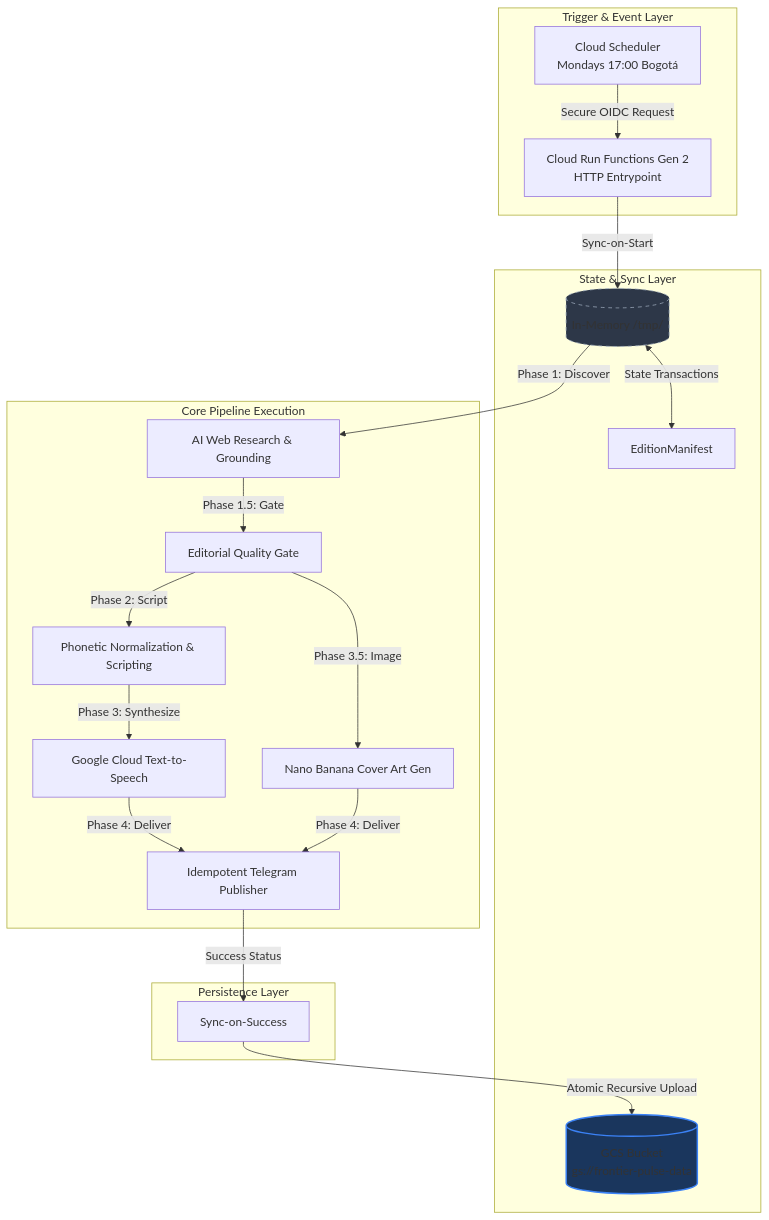
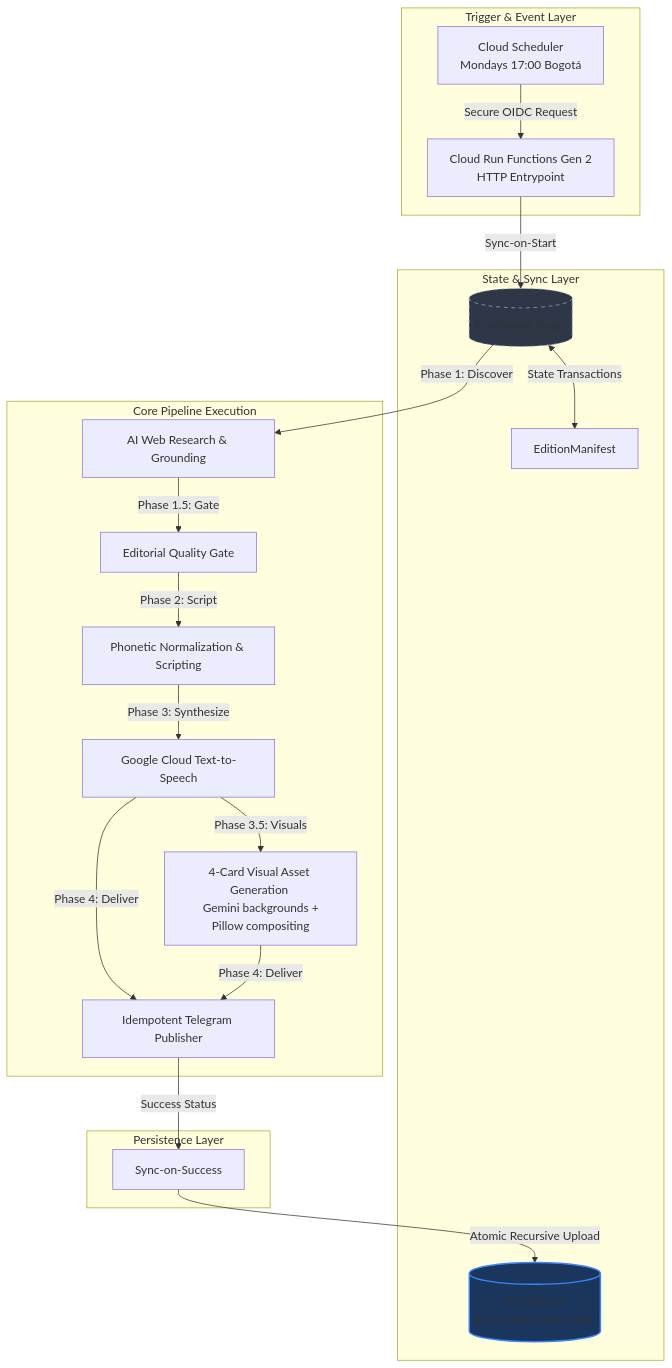
The diagram in TECHNICAL_ARCHITECTURE.md (jonathansimanca/frontier-pulse), drawn with Mermaid before and after one commit. The commit also changed other lines of this file and 1 other file, not shown here.

First line of the commit message:
docs: align README and architecture with implementation, record latent risks

````diff
--- a/TECHNICAL_ARCHITECTURE.md
+++ b/TECHNICAL_ARCHITECTURE.md
@@ -15,29 +15,29 @@
 ```mermaid
 flowchart TD
     subgraph Trigger & Event Layer
         Cron[Cloud Scheduler <br> Mondays 17:00 Bogotá] -->|Secure OIDC Request| HTTPS[Cloud Run Functions Gen 2 <br> HTTP Entrypoint]
     end
 
     subgraph State & Sync Layer
         GCS[(GCS Bucket <br> gs://frontier-pulse-data)]
         HTTPS -->|Sync-on-Start| LocalTmp[(In-Memory /tmp/)]
         LocalTmp <-->|State Transactions| Manifest[EditionManifest]
     end
 
     subgraph Core Pipeline Execution
         LocalTmp -->|Phase 1: Discover| Research[AI Web Research & Grounding]
         Research -->|Phase 1.5: Gate| Quality[Editorial Quality Gate]
         Quality -->|Phase 2: Script| Script[Phonetic Normalization & Scripting]
         Script -->|Phase 3: Synthesize| TTS[Google Cloud Text-to-Speech]
-        Quality -->|Phase 3.5: Image| Cover[Nano Banana Cover Art Gen]
-        TTS & Cover -->|Phase 4: Deliver| Telegram[Idempotent Telegram Publisher]
+        TTS -->|Phase 3.5: Visuals| Cards[4-Card Visual Asset Generation <br> Gemini backgrounds + Pillow compositing]
+        TTS & Cards -->|Phase 4: Deliver| Telegram[Idempotent Telegram Publisher]
     end
 
     subgraph Persistence Layer
         Telegram -->|Success Status| SyncSuccess[Sync-on-Success]
         SyncSuccess -->|Atomic Recursive Upload| GCS
     end
     
     style GCS fill:#1a365d,stroke:#3b82f6,stroke-width:2px;
     style LocalTmp fill:#2d3748,stroke:#a0aec0,stroke-dasharray: 5 5;
 ```
````
